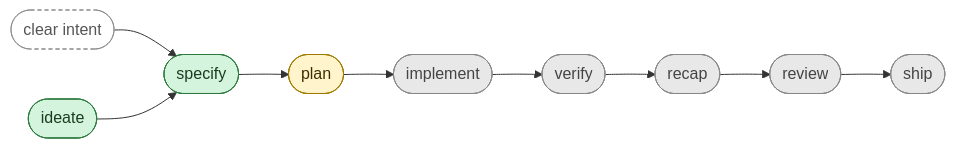
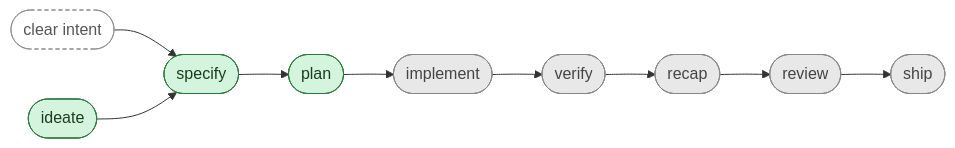
Before and after one commit to specscore/specstudio-skills: the diagram in spec/features/skills/README.md, drawn with Mermaid. The commit also changed 2 other files, not shown here.

Commit message:
docs(lifecycle): restore missing ideate + recap in skill listings
Three drift fixes after the build→implement rename:

- .claude-plugin/plugin.json description was missing both `ideate` (at
  start) and `recap` (between verify and review). Now full 8-skill
  lifecycle: ideate, specify, plan, implement, verify, recap, review,
  ship.
- README.md line 5 lifecycle summary was missing `ideate` at start.
- spec/features/skills/README.md duplicate Mermaid diagram still showed
  plan as `:::defined`; bumped to `:::shipped` to match
  skills/README.md (drift since the plan skill shipped earlier in this
  branch).

Verification: `specscore spec lint -p .` exits 0.

````diff
--- a/spec/features/skills/README.md
+++ b/spec/features/skills/README.md
@@ -81,11 +81,11 @@
 ```mermaid
 flowchart LR
     intent([clear intent]):::input
     intent --> specify
-    ideate([ideate]):::shipped --> specify([specify]):::shipped --> plan([plan]):::defined --> implement([implement]):::roadmap --> verify([verify]):::roadmap --> recap([recap]):::roadmap --> review([review]):::roadmap --> ship([ship]):::roadmap
+    ideate([ideate]):::shipped --> specify([specify]):::shipped --> plan([plan]):::shipped --> implement([implement]):::roadmap --> verify([verify]):::roadmap --> recap([recap]):::roadmap --> review([review]):::roadmap --> ship([ship]):::roadmap
 
     classDef shipped fill:#d4f4dd,stroke:#2d7a3e,color:#1a3d1f
     classDef defined fill:#fff4cc,stroke:#a07a00,color:#3d3000
     classDef roadmap fill:#e8e8e8,stroke:#888,color:#444
     classDef input fill:none,stroke:#888,stroke-dasharray:4 3,color:#555
 ```
````
